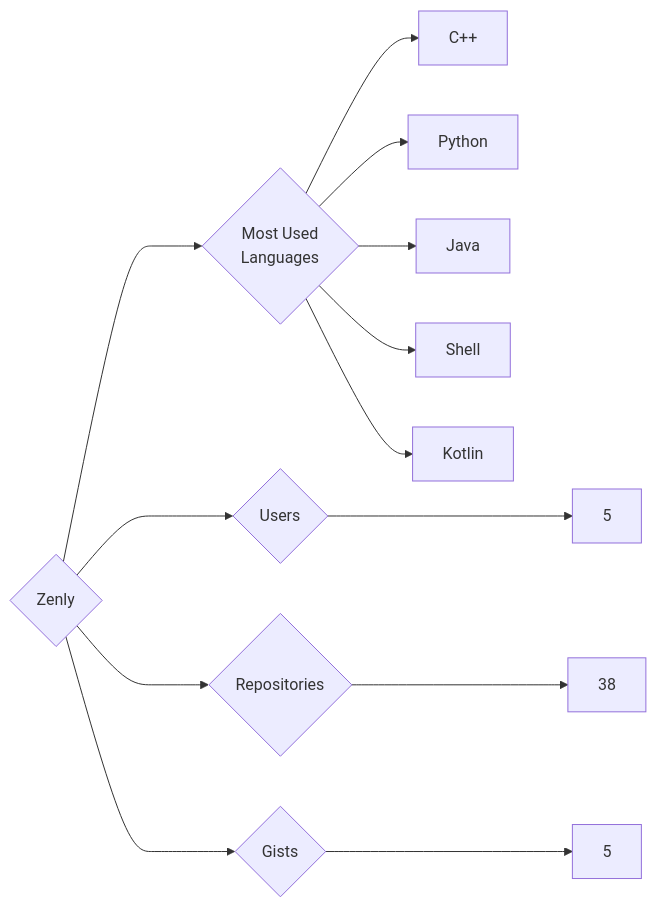
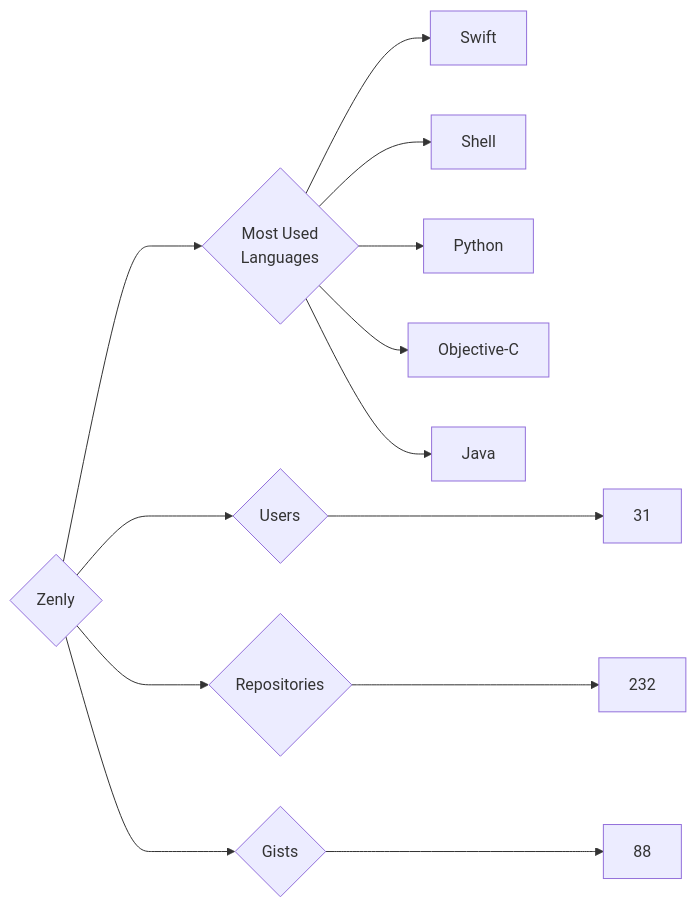
The diagram in targets/Zenly/README.md (trickest/insiders), drawn with Mermaid before and after one commit. The commit also changed 928 other files, not shown here.

````diff
--- a/targets/Zenly/README.md
+++ b/targets/Zenly/README.md
@@ -3,13 +3,13 @@
 ```mermaid
 graph LR
 COMPANY_NAME{Zenly}
-COMPANY_NAME ---> U{Users} ---> UN[5]
-COMPANY_NAME ---> R{Repositories} ---> RN[38]
-COMPANY_NAME ---> G{Gists} ---> GN[5]
+COMPANY_NAME ---> U{Users} ---> UN[31]
+COMPANY_NAME ---> R{Repositories} ---> RN[232]
+COMPANY_NAME ---> G{Gists} ---> GN[88]
 COMPANY_NAME ---> ML{Most Used<br>Languages}
-ML --> C++[C++]
+ML --> Swift[Swift]
+ML --> Shell[Shell]
 ML --> Python[Python]
+ML --> Objective-C[Objective-C]
 ML --> Java[Java]
-ML --> Shell[Shell]
-ML --> Kotlin[Kotlin]
 ```
````
